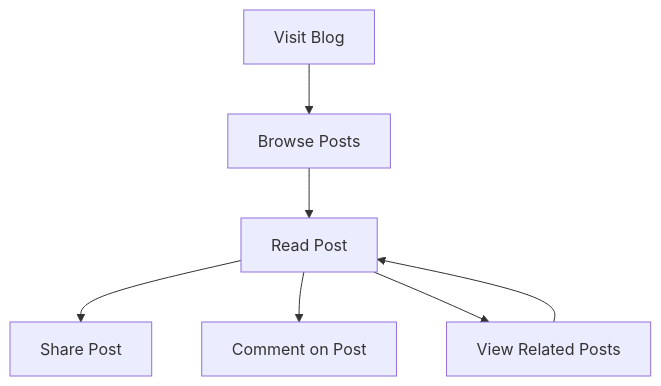
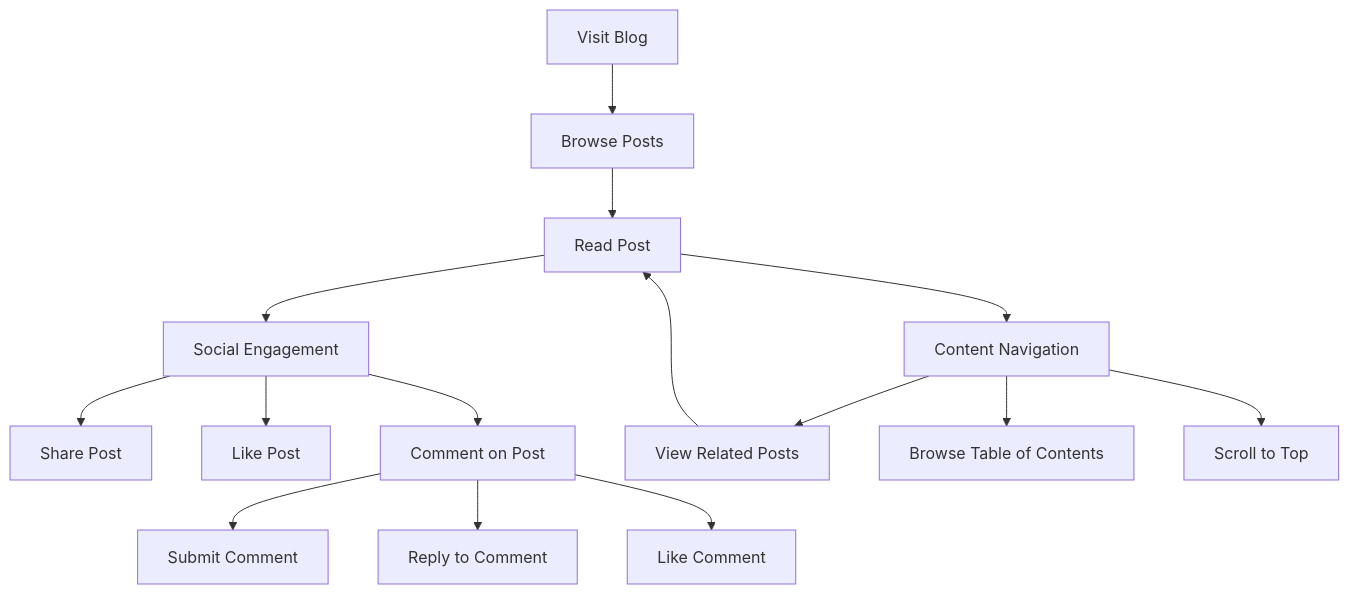
Diagram 19 of 27 in docs/blog-system-documentation.md (KPrince-coder/modern-portfolio), drawn with Mermaid before and after one commit. The commit also changed other lines of this file, not shown here.

````diff
--- a/docs/blog-system-documentation.md
+++ b/docs/blog-system-documentation.md
@@ -387,9 +553,20 @@
 ```mermaid
 graph TD
     A[Visit Blog] --> B[Browse Posts]
     B --> C[Read Post]
-    C --> D[Share Post]
-    C --> E[Comment on Post]
-    C --> F[View Related Posts]
-    F --> C
+
+    C --> D[Social Engagement]
+    D --> D1[Share Post]
+    D --> D2[Like Post]
+    D --> D3[Comment on Post]
+    D3 --> D3a[Submit Comment]
+    D3 --> D3b[Reply to Comment]
+    D3 --> D3c[Like Comment]
+
+    C --> E[Content Navigation]
+    E --> E1[View Related Posts]
+    E --> E2[Browse Table of Contents]
+    E --> E3[Scroll to Top]
+
+    E1 --> C
 ```
````
